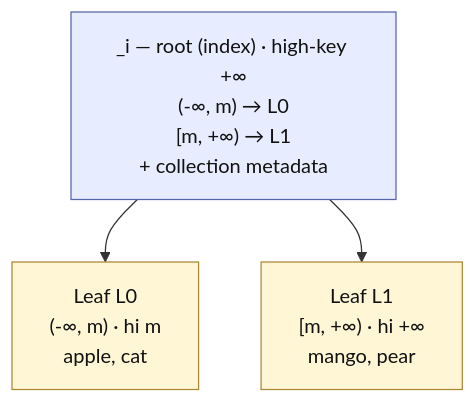
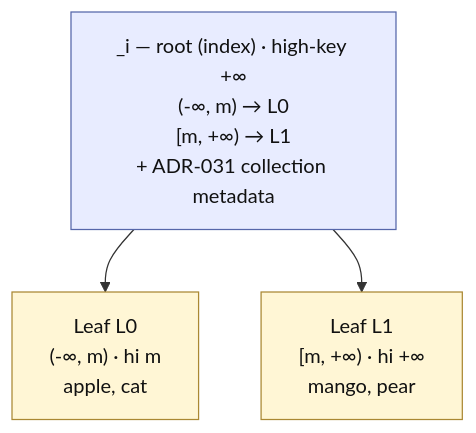
Before and after one commit to mbrt/glassdb-rs: the second of 5 diagrams in docs/designs/dynamic-range-sharding.md, drawn with Mermaid. The commit also changed other lines of this file and 9 other files, not shown here.

````diff
--- a/docs/designs/dynamic-range-sharding.md
+++ b/docs/designs/dynamic-range-sharding.md
@@ -133,11 +138,11 @@
 ```mermaid
 graph TD
-    Root["_i — root (index) · high-key +∞<br/>(-∞, m) → L0<br/>[m, +∞) → L1<br/>+ collection metadata"]
+    Root["_i — root (index) · high-key +∞<br/>(-∞, m) → L0<br/>[m, +∞) → L1<br/>+ ADR-031 collection metadata"]
     Root --> L0["Leaf L0<br/>(-∞, m) · hi m<br/>apple, cat"]
     Root --> L1["Leaf L1<br/>[m, +∞) · hi +∞<br/>mango, pear"]
 
     classDef root fill:#e8ecff,stroke:#5566aa,color:#111
     classDef leaf fill:#fff6d5,stroke:#aa8833,color:#111
     class Root root
     class L0,L1 leaf
 ```
````
